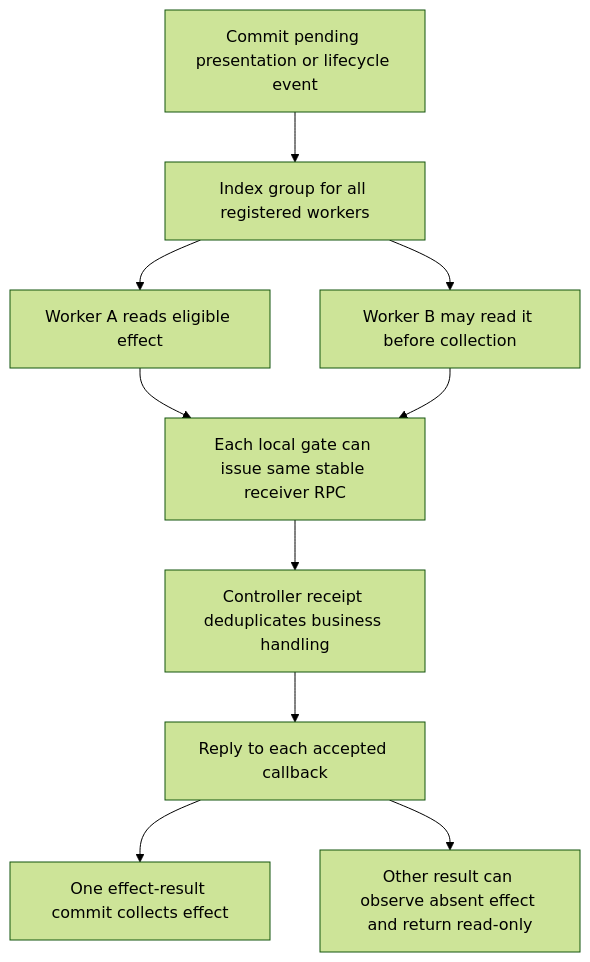
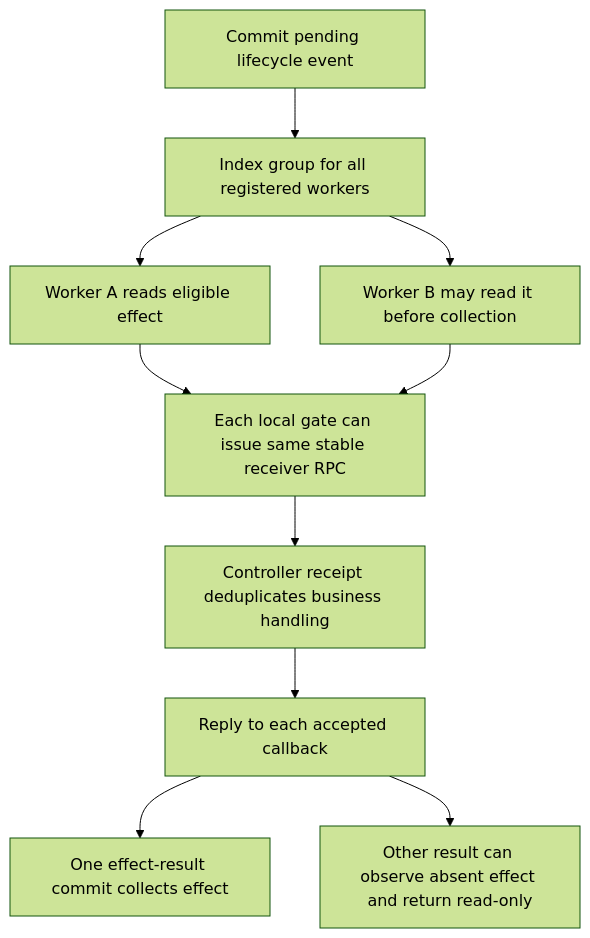
Before and after one commit to zyno-io/sipbridge: the fourth of 10 diagrams in docs/operations/lifecycle.md, drawn with Mermaid (forest theme). The commit also changed other lines of this file and 38 other files, not shown here.

````diff
--- a/docs/operations/lifecycle.md
+++ b/docs/operations/lifecycle.md
@@ -140,12 +149,12 @@
 ```mermaid
 flowchart TD
-    A[Commit pending presentation or lifecycle event] --> B[Index group for all registered workers]
+    A[Commit pending lifecycle event] --> B[Index group for all registered workers]
     B --> C[Worker A reads eligible effect]
     B --> D[Worker B may read it before collection]
     C --> E[Each local gate can issue same stable receiver RPC]
     D --> E
     E --> F[Controller receipt deduplicates business handling]
     F --> G[Reply to each accepted callback]
     G --> H[One effect-result commit collects effect]
     G --> I[Other result can observe absent effect and return read-only]
 ```
````
